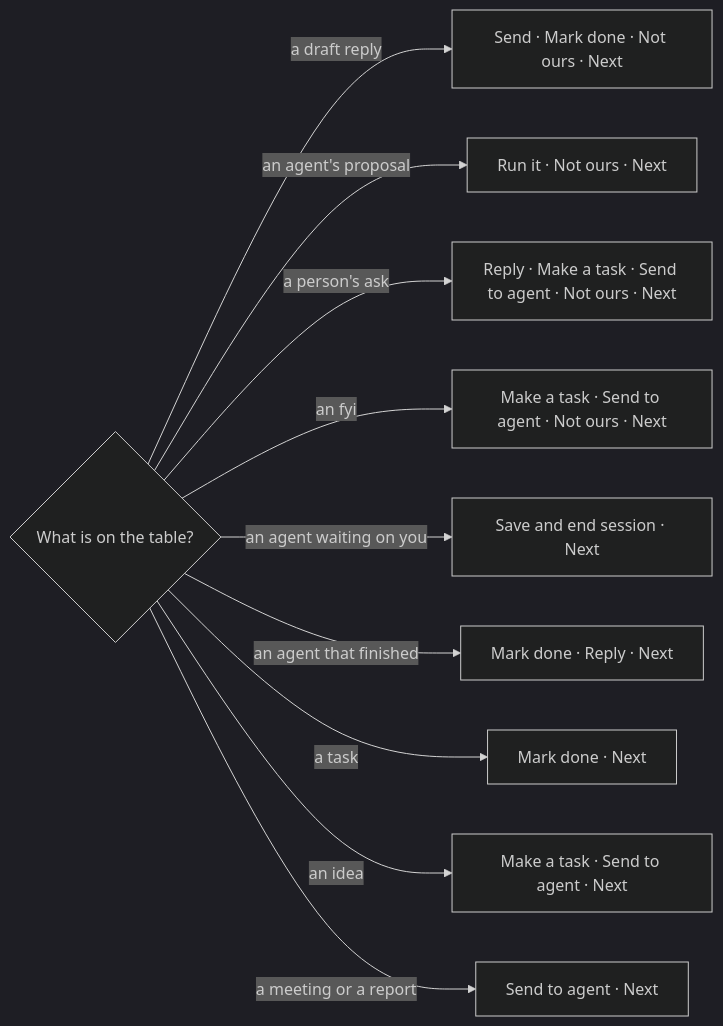
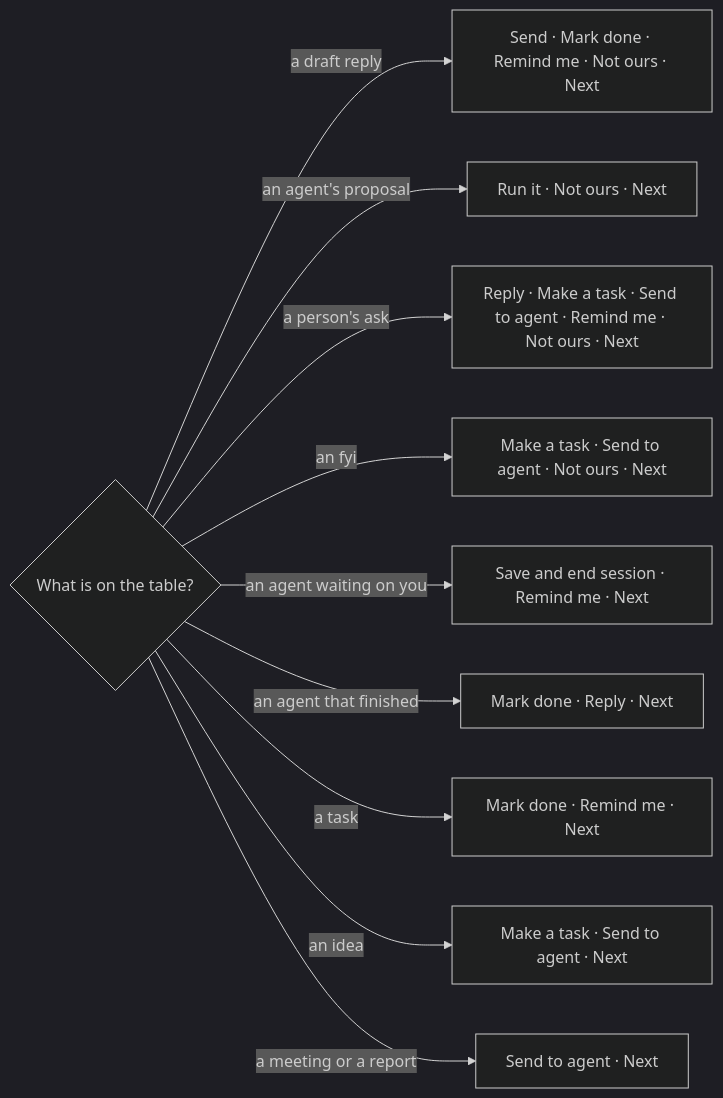
Before and after one commit to ldbumble/taskuary: the first of 3 diagrams in docs/assistant-words.md, drawn with Mermaid (dark theme). The commit also changed 38 other files, not shown here.

````diff
--- a/docs/assistant-words.md
+++ b/docs/assistant-words.md
@@ -14,13 +14,13 @@
 ```mermaid
 flowchart LR
   C{"What is on the table?"}
-  C -->|a draft reply| B1["Send · Mark done · Not ours · Next"]
+  C -->|a draft reply| B1["Send · Mark done · Remind me · Not ours · Next"]
   C -->|an agent's proposal| B2["Run it · Not ours · Next"]
-  C -->|a person's ask| B3["Reply · Make a task · Send to agent · Not ours · Next"]
+  C -->|a person's ask| B3["Reply · Make a task · Send to agent · Remind me · Not ours · Next"]
   C -->|an fyi| B4["Make a task · Send to agent · Not ours · Next"]
-  C -->|an agent waiting on you| B5["Save and end session · Next"]
+  C -->|an agent waiting on you| B5["Save and end session · Remind me · Next"]
   C -->|an agent that finished| B6["Mark done · Reply · Next"]
-  C -->|a task| B7["Mark done · Next"]
+  C -->|a task| B7["Mark done · Remind me · Next"]
   C -->|an idea| B8["Make a task · Send to agent · Next"]
   C -->|a meeting or a report| B9["Send to agent · Next"]
 ```
````
